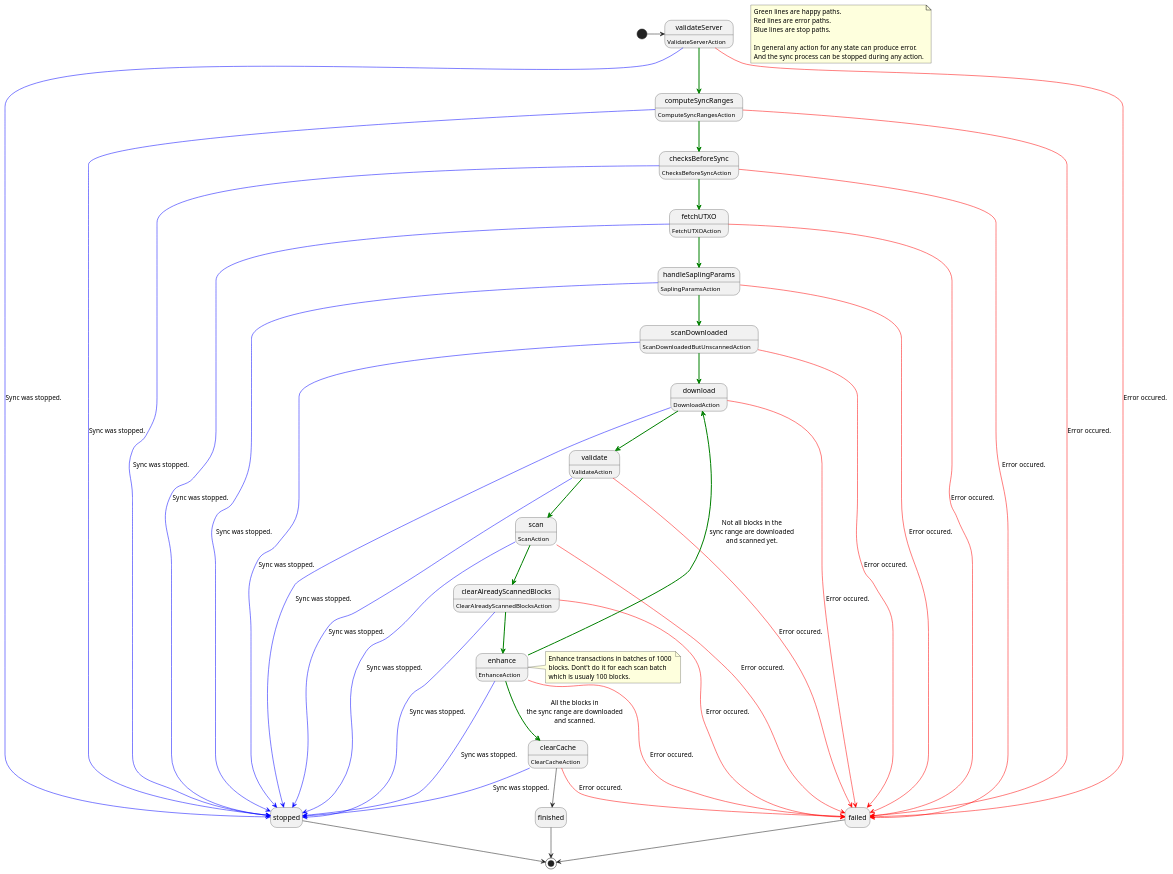
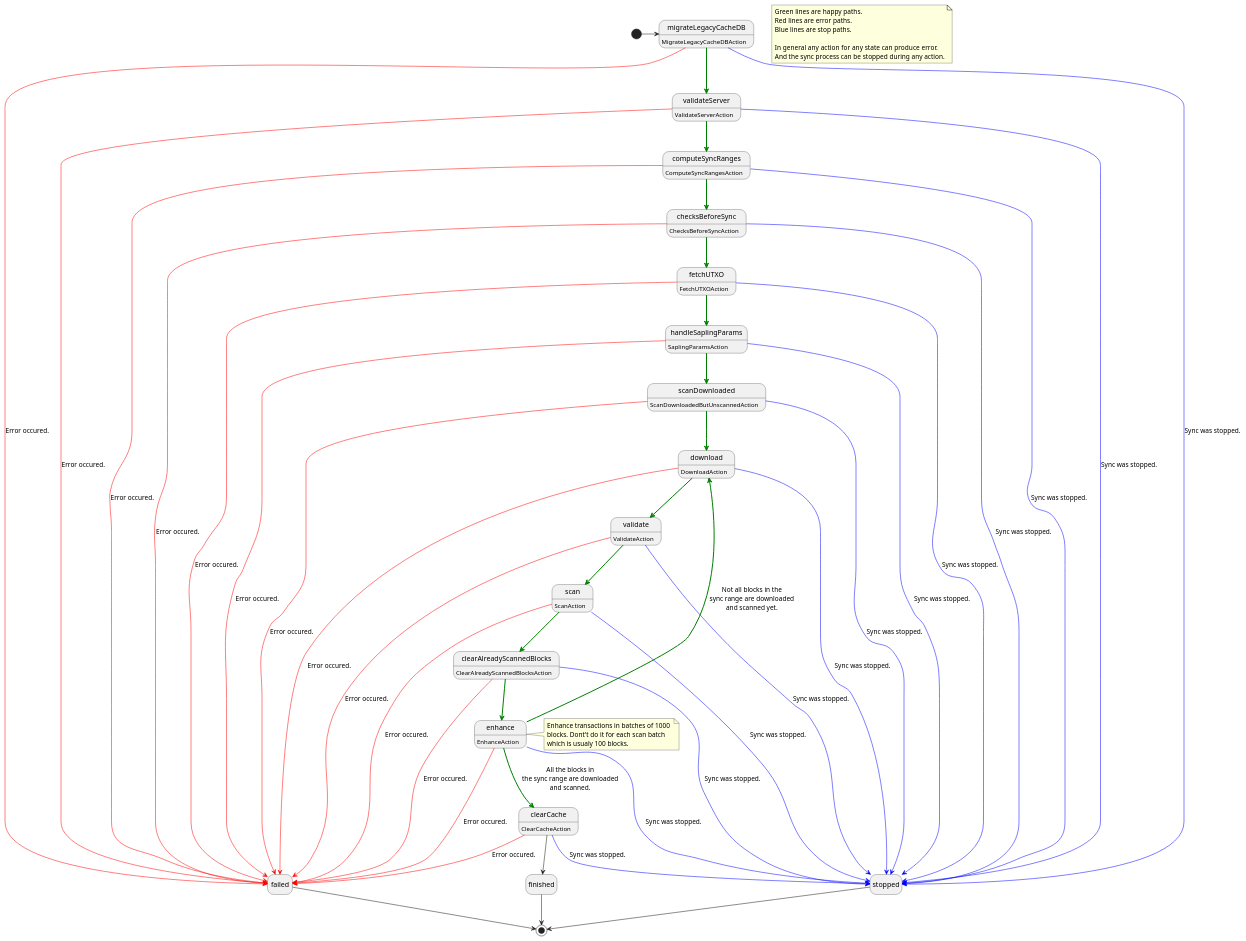
One commit to Electric-Coin-Company/zcash-swift-wallet-sdk changed the diagram in docs/cbp_state_machine.puml. Above: the diagram before and after it, drawn with PlantUML. The commit also changed 4 other files, not shown here.

```diff
--- a/docs/cbp_state_machine.puml
+++ b/docs/cbp_state_machine.puml
@@ -1,87 +1,93 @@
 @startuml
 hide empty description
 
 note as Lines
     Green lines are happy paths. 
     Red lines are error paths.
     Blue lines are stop paths.
 
     In general any action for any state can produce error.
     And the sync process can be stopped during any action.
 end note
 
 
-[*] -> validateServer
+[*] -> migrateLegacyCacheDB
+
+
+migrateLegacyCacheDB : MigrateLegacyCacheDBAction
+migrateLegacyCacheDB -[#green,bold]-> validateServer
+migrateLegacyCacheDB -[#red]-> failed : Error occured.
+migrateLegacyCacheDB -[#blue]-> stopped : Sync was stopped.
 
 validateServer : ValidateServerAction
 validateServer -[#green,bold]-> computeSyncRanges
 validateServer -[#red]-> failed : Error occured.
 validateServer -[#blue]-> stopped : Sync was stopped.
 
 computeSyncRanges : ComputeSyncRangesAction
 computeSyncRanges -[#green,bold]-> checksBeforeSync
 computeSyncRanges -[#red]-> failed : Error occured.
 computeSyncRanges -[#blue]-> stopped : Sync was stopped.
 
 checksBeforeSync : ChecksBeforeSyncAction
 checksBeforeSync -[#green,bold]-> fetchUTXO
 checksBeforeSync -[#red]-> failed : Error occured.
 checksBeforeSync -[#blue]-> stopped : Sync was stopped.
 
 fetchUTXO : FetchUTXOAction
 fetchUTXO -[#green,bold]-> handleSaplingParams
 fetchUTXO -[#red]-> failed : Error occured.
 fetchUTXO -[#blue]-> stopped : Sync was stopped.
 
 handleSaplingParams : SaplingParamsAction
 handleSaplingParams -[#green,bold]-> scanDownloaded
 handleSaplingParams -[#red]-> failed : Error occured.
 handleSaplingParams -[#blue]-> stopped : Sync was stopped.
 
 scanDownloaded : ScanDownloadedButUnscannedAction
 scanDownloaded -[#green,bold]-> download
 scanDownloaded -[#red]-> failed : Error occured.
 scanDownloaded -[#blue]-> stopped : Sync was stopped.
 
 download : DownloadAction
 download -[#green,bold]-> validate
 download -[#red]-> failed : Error occured.
 download -[#blue]-> stopped : Sync was stopped.
 
 validate : ValidateAction
 validate -[#green,bold]-> scan
 validate -[#red]-> failed : Error occured.
 validate -[#blue]-> stopped : Sync was stopped.
 
 scan : ScanAction
 scan -[#green,bold]-> clearAlreadyScannedBlocks
 scan -[#red]-> failed : Error occured.
 scan -[#blue]-> stopped : Sync was stopped.
 
 clearAlreadyScannedBlocks : ClearAlreadyScannedBlocksAction
 clearAlreadyScannedBlocks -[#green,bold]-> enhance
 clearAlreadyScannedBlocks -[#red]-> failed : Error occured.
 clearAlreadyScannedBlocks -[#blue]-> stopped : Sync was stopped.
 
 enhance : EnhanceAction
 enhance -[#green,bold]-> download : Not all blocks in the\nsync range are downloaded\nand scanned yet.
 enhance -[#green,bold]-> clearCache : All the blocks in\nthe sync range are downloaded\nand scanned.
 enhance -[#red]-> failed : Error occured.
 enhance -[#blue]-> stopped : Sync was stopped.
 
 note right of enhance
     Enhance transactions in batches of 1000 
     blocks. Dont't do it for each scan batch 
     which is usualy 100 blocks.
 end note
 
 clearCache : ClearCacheAction
 clearCache --> finished
 clearCache -[#red]-> failed : Error occured.
 clearCache -[#blue]-> stopped : Sync was stopped.
 
 finished --> [*]
 failed --> [*]
 stopped --> [*]
 
 @enduml
```
